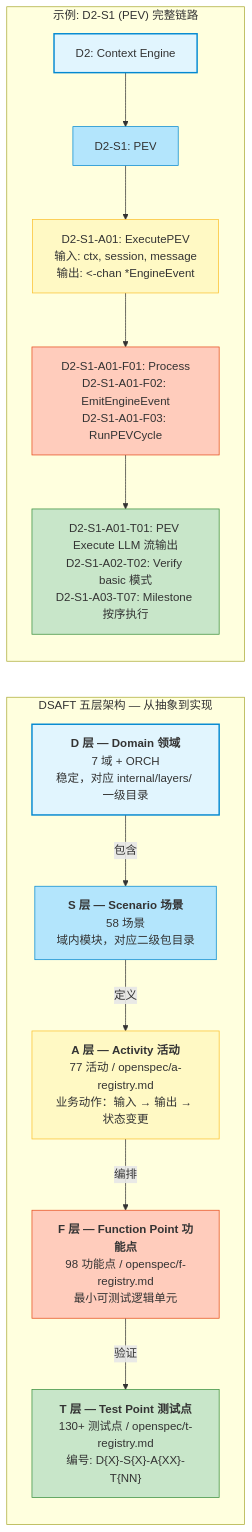
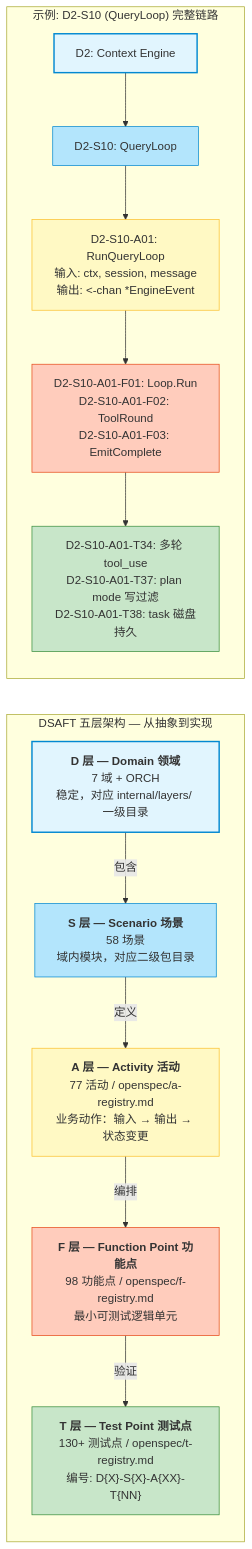
The diagram in openspec/specs/architecture/dsaft-layers.mmd (fqntxmqee/devrix), drawn with Mermaid before and after one commit. The commit also changed 89 other files, not shown here.

```diff
--- a/openspec/specs/architecture/dsaft-layers.mmd
+++ b/openspec/specs/architecture/dsaft-layers.mmd
@@ -1,37 +1,37 @@
 graph LR
     subgraph LAYERS["DSAFT 五层架构 — 从抽象到实现"]
         direction TB
 
         D["<b>D 层 — Domain 领域</b><br/>7 域 + ORCH<br/>稳定，对应 internal/layers/ 一级目录"]
         S["<b>S 层 — Scenario 场景</b><br/>58 场景<br/>域内模块，对应二级包目录"]
         A["<b>A 层 — Activity 活动</b><br/>77 活动 / openspec/a-registry.md<br/>业务动作：输入 → 输出 → 状态变更"]
         F["<b>F 层 — Function Point 功能点</b><br/>98 功能点 / openspec/f-registry.md<br/>最小可测试逻辑单元"]
         T["<b>T 层 — Test Point 测试点</b><br/>130+ 测试点 / openspec/t-registry.md<br/>编号: D{X}-S{X}-A{XX}-T{NN}"]
 
         D -->|"包含"| S
         S -->|"定义"| A
         A -->|"编排"| F
         F -->|"验证"| T
     end
 
-    subgraph EXAMPLE["示例: D2-S1 (PEV) 完整链路"]
+    subgraph EXAMPLE["示例: D2-S10 (QueryLoop) 完整链路"]
         direction TB
         ED["D2: Context Engine"]
-        ES["D2-S1: PEV"]
-        EA["D2-S1-A01: ExecutePEV<br/>输入: ctx, session, message<br/>输出: &lt;-chan *EngineEvent"]
-        EF["D2-S1-A01-F01: Process<br/>D2-S1-A01-F02: EmitEngineEvent<br/>D2-S1-A01-F03: RunPEVCycle"]
-        ET["D2-S1-A01-T01: PEV Execute LLM 流输出<br/>D2-S1-A02-T02: Verify basic 模式<br/>D2-S1-A03-T07: Milestone 按序执行"]
+        ES["D2-S10: QueryLoop"]
+        EA["D2-S10-A01: RunQueryLoop<br/>输入: ctx, session, message<br/>输出: &lt;-chan *EngineEvent"]
+        EF["D2-S10-A01-F01: Loop.Run<br/>D2-S10-A01-F02: ToolRound<br/>D2-S10-A01-F03: EmitComplete"]
+        ET["D2-S10-A01-T34: 多轮 tool_use<br/>D2-S10-A01-T37: plan mode 写过滤<br/>D2-S10-A01-T38: task 磁盘持久"]
         ED --> ES --> EA --> EF --> ET
     end
 
     classDef domain fill:#e1f5fe,stroke:#0288d1,stroke-width:2px
     classDef scenario fill:#b3e5fc,stroke:#0288d1
     classDef activity fill:#fff9c4,stroke:#fbc02d
     classDef function fill:#ffccbc,stroke:#e64a19
     classDef test fill:#c8e6c9,stroke:#388e3c
 
     class D,ED domain
     class S,ES scenario
     class A,EA activity
     class F,EF function
     class T,ET test
```
